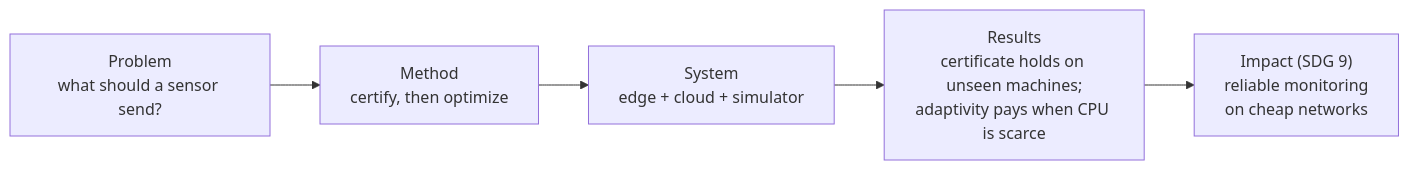
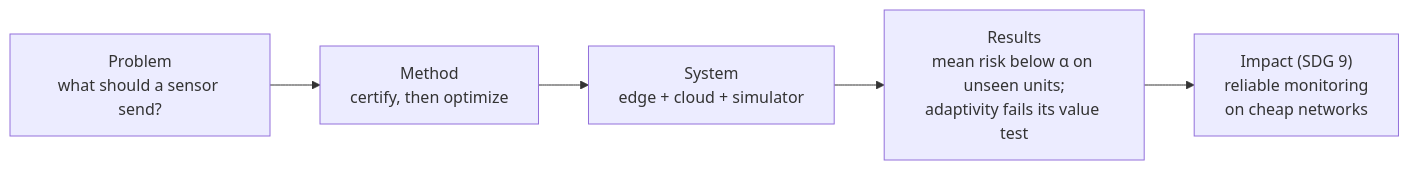
One commit to PRATHVI9607/RepRoute changed the eighth of 8 diagrams in docs/presentation.md. Above: the diagram before and after it, drawn with Mermaid. The commit also changed other lines of this file and 19 other files, not shown here.

````diff
--- a/docs/presentation.md
+++ b/docs/presentation.md
@@ -410,7 +426,7 @@
 ```mermaid
 flowchart LR
     P["Problem<br/>what should a sensor send?"] --> M["Method<br/>certify, then optimize"]
     M --> S["System<br/>edge + cloud + simulator"]
-    S --> R["Results<br/>certificate holds on unseen machines;<br/>adaptivity pays when CPU is scarce"]
+    S --> R["Results<br/>mean risk below α on unseen units;<br/>adaptivity fails its value test"]
     R --> I["Impact (SDG 9)<br/>reliable monitoring<br/>on cheap networks"]
 ```
````
